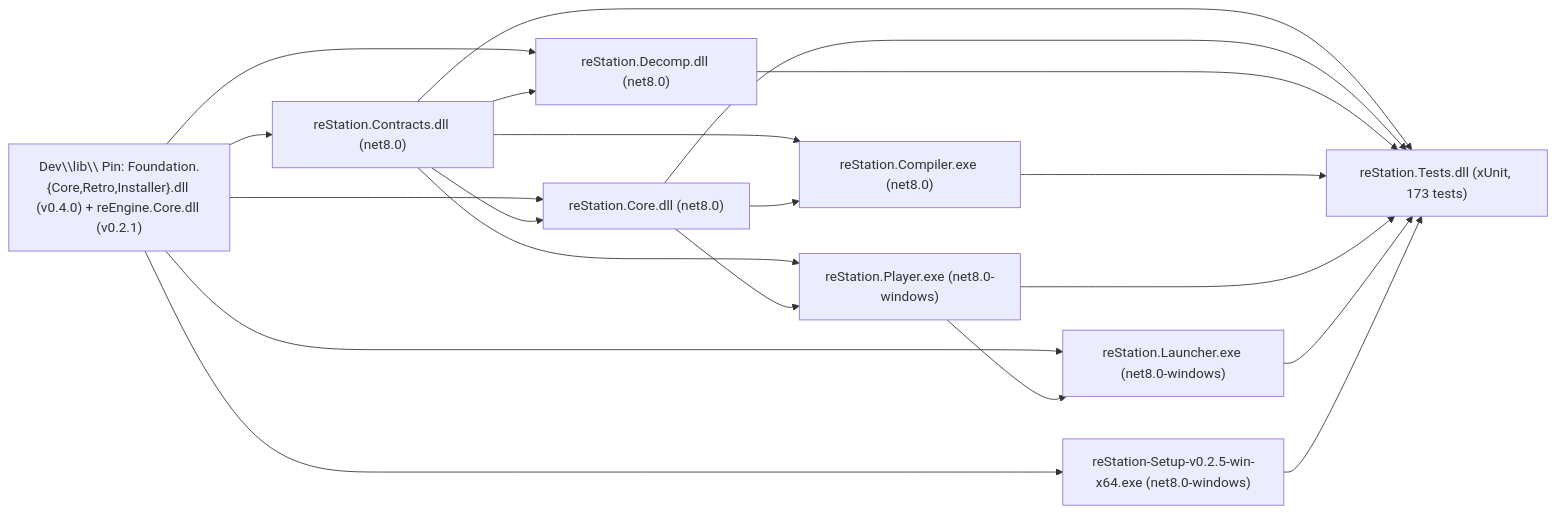
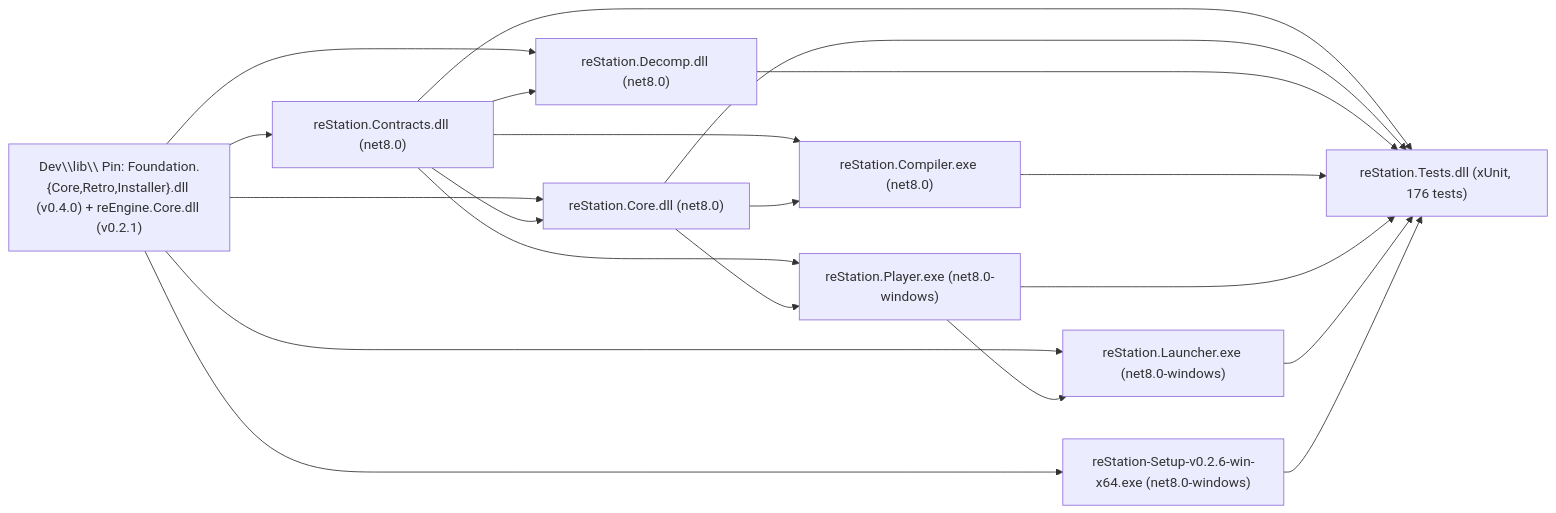
Before and after one commit to StreamItAllGit/reSlate: the second of 2 diagrams in Dev/docs/ARCHITECTURE.md, drawn with Mermaid. The commit also changed other lines of this file and 31 other files, not shown here.

````diff
--- a/Dev/docs/ARCHITECTURE.md
+++ b/Dev/docs/ARCHITECTURE.md
@@ -51,32 +51,32 @@
 ```mermaid
 flowchart LR
     EXT["Dev\\lib\\ Pin: Foundation.{Core,Retro,Installer}.dll (v0.4.0) + reEngine.Core.dll (v0.2.1)"]
     CON["reStation.Contracts.dll (net8.0)"]
     CORE["reStation.Core.dll (net8.0)"]
     DEC["reStation.Decomp.dll (net8.0)"]
     CMP["reStation.Compiler.exe (net8.0)"]
     PLY["reStation.Player.exe (net8.0-windows)"]
     LNC["reStation.Launcher.exe (net8.0-windows)"]
-    INS["reStation-Setup-v0.2.5-win-x64.exe (net8.0-windows)"]
-    TST["reStation.Tests.dll (xUnit, 173 tests)"]
+    INS["reStation-Setup-v0.2.6-win-x64.exe (net8.0-windows)"]
+    TST["reStation.Tests.dll (xUnit, 176 tests)"]
 
     EXT --> CON
     EXT --> CORE
     EXT --> DEC
     EXT --> INS
     EXT --> LNC
     CON --> CORE
     CON --> DEC
     CON --> CMP
     CON --> PLY
     CORE --> CMP
     CORE --> PLY
     PLY --> LNC
     CON --> TST
     CORE --> TST
     DEC --> TST
     CMP --> TST
     PLY --> TST
     LNC --> TST
     INS --> TST
 ```
````
